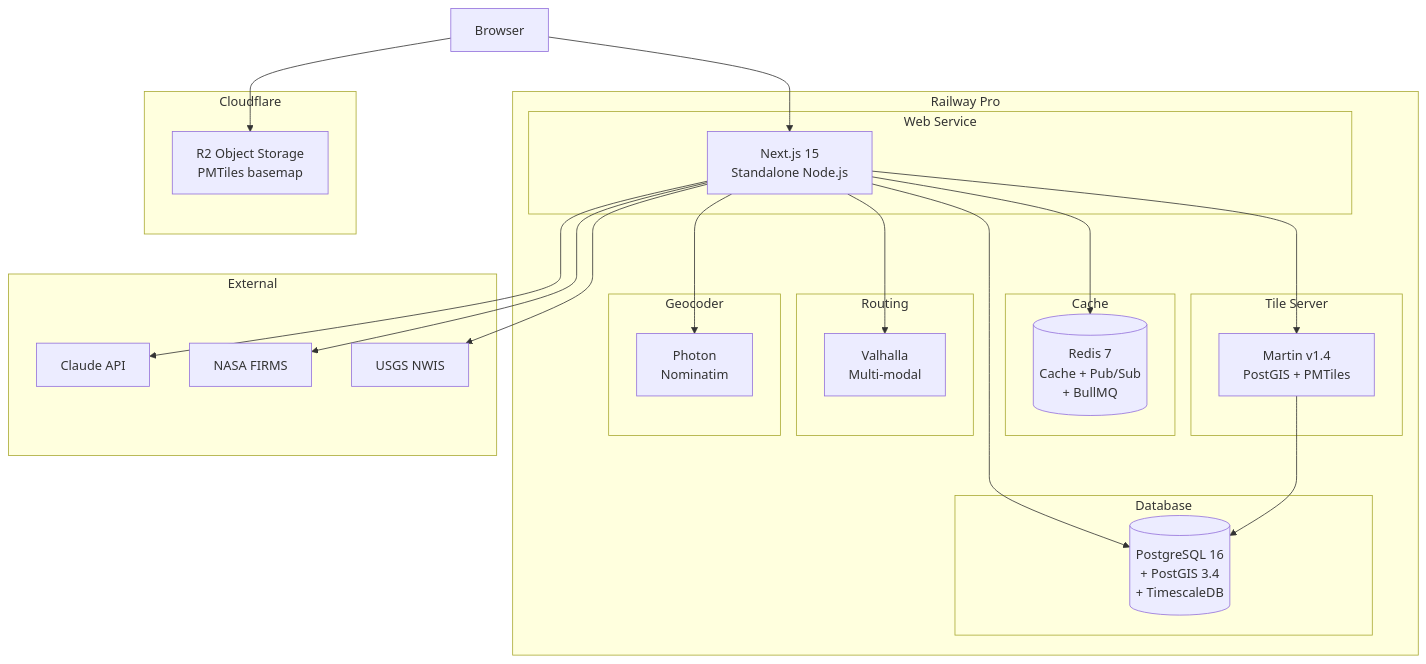
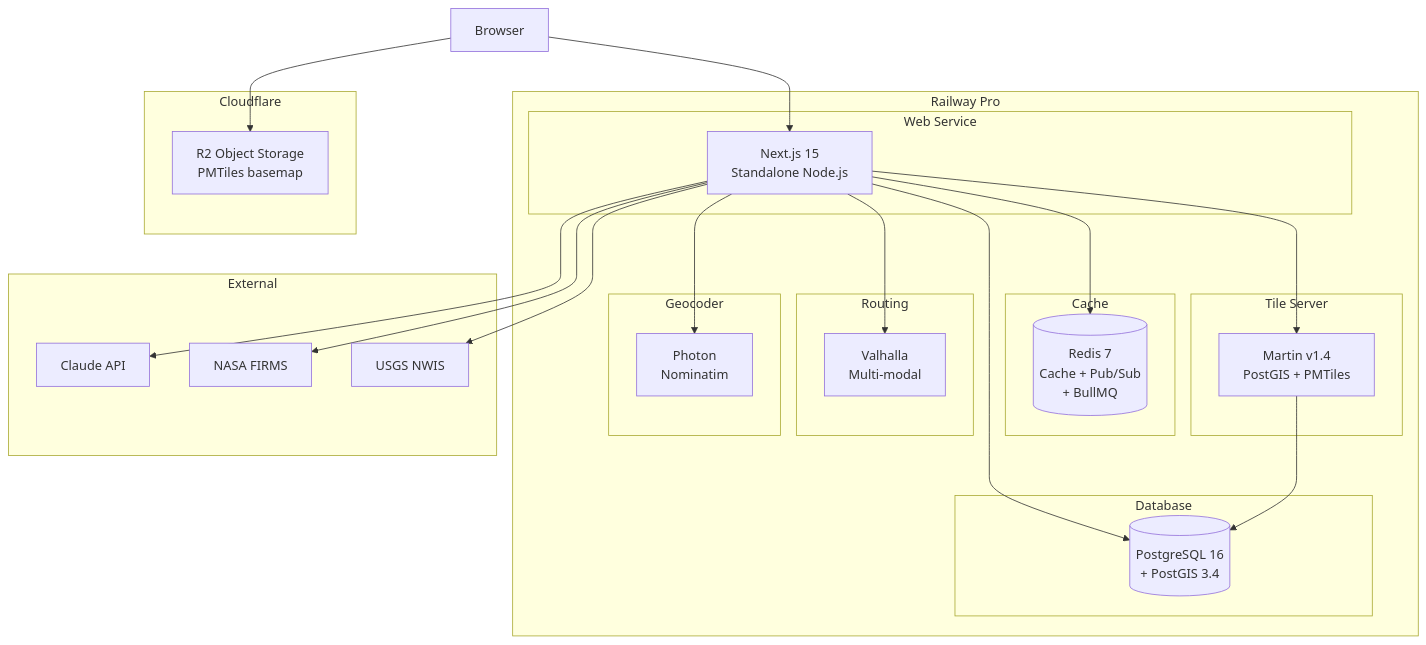
Before and after one commit to Escherbridge/plantgeo: diagram 20 of 22 in docs/diagrams.md, drawn with Mermaid. The commit also changed other lines of this file and 36 other files, not shown here.

````diff
--- a/docs/diagrams.md
+++ b/docs/diagrams.md
@@ -668,40 +668,40 @@
 ```mermaid
 graph TB
     subgraph Railway["Railway Pro"]
         subgraph Web["Web Service"]
             Next[Next.js 15<br/>Standalone Node.js]
         end
         subgraph DB["Database"]
-            PG[(PostgreSQL 16<br/>+ PostGIS 3.4<br/>+ TimescaleDB)]
+            PG[(PostgreSQL 16<br/>+ PostGIS 3.4)]
         end
         subgraph Cache["Cache"]
             Redis[(Redis 7<br/>Cache + Pub/Sub<br/>+ BullMQ)]
         end
         subgraph Tiles["Tile Server"]
             Martin[Martin v1.4<br/>PostGIS + PMTiles]
         end
         subgraph Router["Routing"]
             Val[Valhalla<br/>Multi-modal]
         end
         subgraph Geo["Geocoder"]
             Phot[Photon<br/>Nominatim]
         end
     end
 
     subgraph CDN["Cloudflare"]
         R2[R2 Object Storage<br/>PMTiles basemap]
     end
 
     subgraph Ext["External"]
         Claude[Claude API]
         FIRMS[NASA FIRMS]
         USGS[USGS NWIS]
     end
 
     Browser[Browser] --> Next
     Browser --> R2
     Next --> PG & Redis
     Next --> Martin & Val & Phot
     Next --> Claude & FIRMS & USGS
     Martin --> PG
 ```
````
